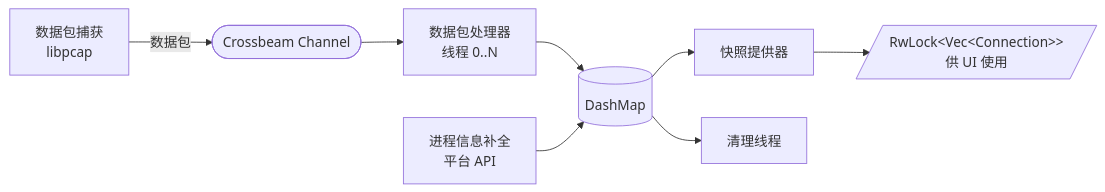
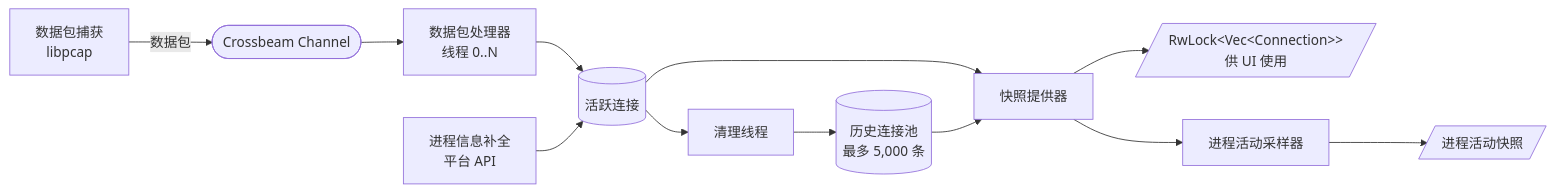
The second of 2 diagrams in ARCHITECTURE.zh-CN.md (domcyrus/rustnet), drawn with Mermaid before and after one commit. The commit also changed other lines of this file and 46 other files, not shown here.

````diff
--- a/ARCHITECTURE.zh-CN.md
+++ b/ARCHITECTURE.zh-CN.md
@@ -56,16 +56,22 @@
 ```mermaid
 flowchart LR
     PC[数据包捕获<br/>libpcap]
     CH([Crossbeam Channel])
     PP[数据包处理器<br/>线程 0..N]
     PE[进程信息补全<br/>平台 API]
-    DM[(DashMap)]
+    DM[(活跃连接)]
+    HI[(历史连接池<br/>最多 5,000 条)]
     SP[快照提供器]
     UI[/RwLock&lt;Vec&lt;Connection&gt;&gt;<br/>供 UI 使用/]
     CT[清理线程]
+    PA[进程活动采样器]
+    PS[/进程活动快照/]
 
     PC -- 数据包 --> CH --> PP --> DM
     PE --> DM
     DM --> SP --> UI
     DM --> CT
+    CT --> HI
+    HI --> SP
+    SP --> PA --> PS
 ```
````
